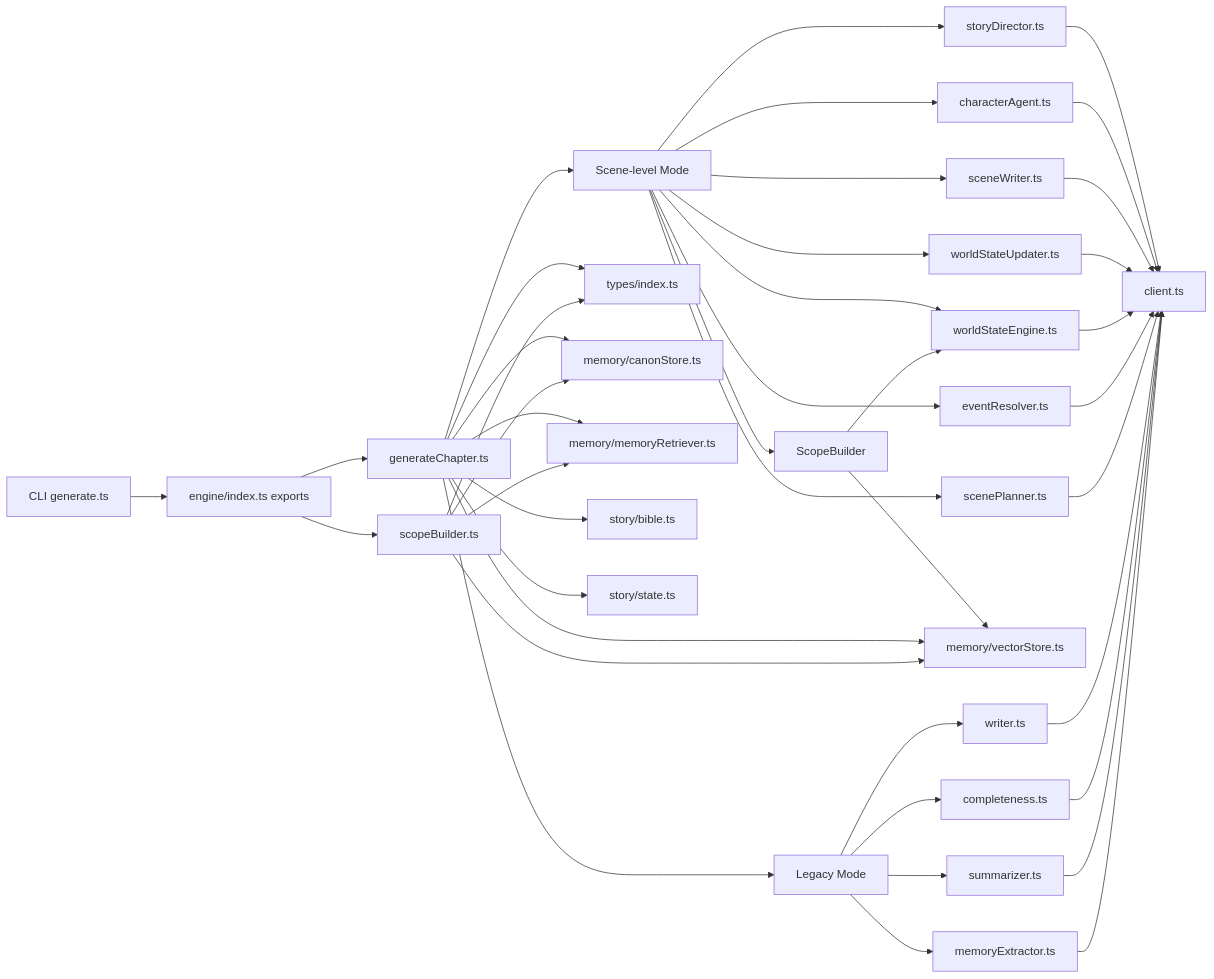
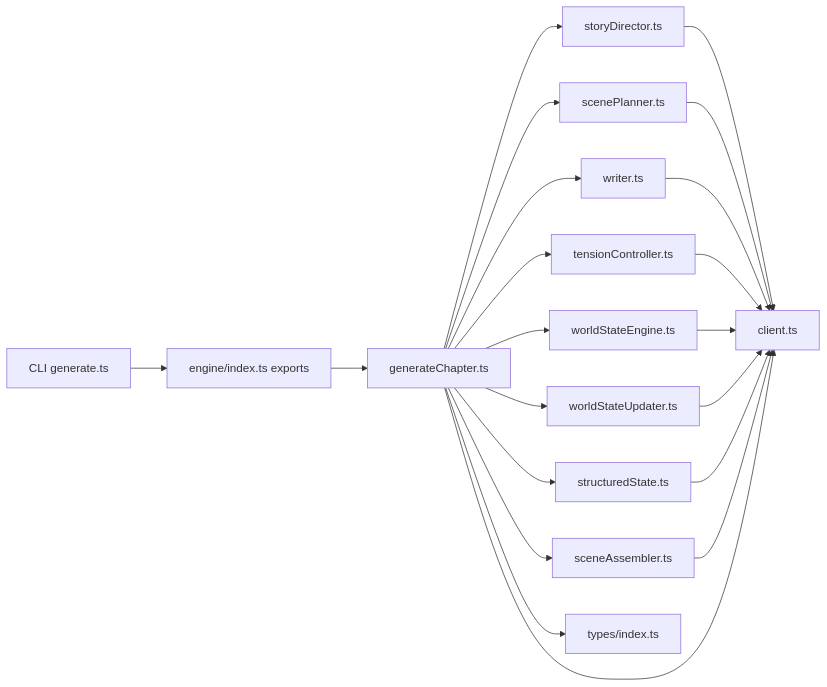
One commit to liwonder/NARRITIVE_OS changed the fourth of 4 diagrams in .qoder/repowiki/en/content/Engine Architecture/Generation Pipeline.md. Above: the diagram before and after it, drawn with Mermaid. The commit also changed other lines of this file and 14 other files, not shown here.

````diff
--- a/.qoder/repowiki/en/content/Engine Architecture/Generation Pipeline.md
+++ b/.qoder/repowiki/en/content/Engine Architecture/Generation Pipeline.md
@@ -614,43 +492,23 @@
 ```mermaid
 graph LR
 CLI["CLI generate.ts"] --> API["engine/index.ts exports"]
 API --> Gen["generateChapter.ts"]
-API --> SB["scopeBuilder.ts"]
-Gen --> SceneMode["Scene-level Mode"]
-Gen --> LegacyMode["Legacy Mode"]
-SceneMode --> Director["storyDirector.ts"]
-SceneMode --> SP["scenePlanner.ts"]
-SceneMode --> Agents["characterAgent.ts"]
-SceneMode --> SW["sceneWriter.ts"]
-SceneMode --> WorldUpd["worldStateUpdater.ts"]
-SceneMode --> WSE["worldStateEngine.ts"]
-SceneMode --> EV["eventResolver.ts"]
-SceneMode --> Scope["ScopeBuilder"]
-Scope --> WSE
-Scope --> VS["memory/vectorStore.ts"]
-LegacyMode --> W["writer.ts"]
-LegacyMode --> CC["completeness.ts"]
-LegacyMode --> S["summarizer.ts"]
-LegacyMode --> ME["memoryExtractor.ts"]
+Gen --> Director["storyDirector.ts"]
+Gen --> Planner["scenePlanner.ts"]
+Gen --> Writer["writer.ts"]
+Gen --> Tension["tensionController.ts"]
+Gen --> World["worldStateEngine.ts"]
+Gen --> Updater["worldStateUpdater.ts"]
+Gen --> Structured["structuredState.ts"]
+Gen --> Assembler["sceneAssembler.ts"]
+Gen --> Types["types/index.ts"]
 Director --> LLM["client.ts"]
-Agents --> LLM
-SW --> LLM
-WorldUpd --> LLM
-WSE --> LLM
-EV --> LLM
-SP --> LLM
-W --> LLM
-CC --> LLM
-S --> LLM
-ME --> LLM
-Gen --> Types["types/index.ts"]
-Gen --> Canon["memory/canonStore.ts"]
-Gen --> VS
-Gen --> MR["memory/memoryRetriever.ts"]
-Gen --> Story["story/bible.ts"]
-Gen --> State["story/state.ts"]
-SB --> Types
-SB --> Canon
-SB --> VS
-SB --> MR
+Planner --> LLM
+Writer --> LLM
+Tension --> LLM
+World --> LLM
+Updater --> LLM
+Structured --> LLM
+Assembler --> LLM
+Gen --> LLM
 ```
````
